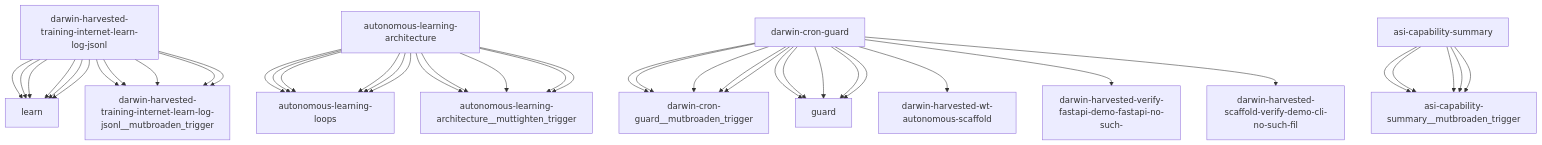
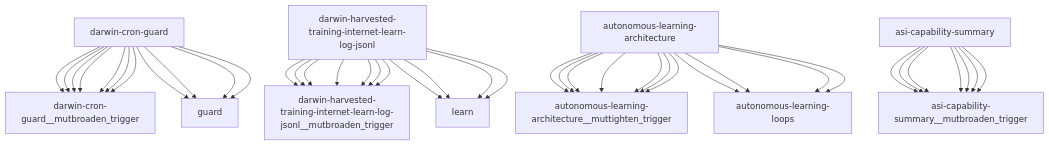
One commit to openamer/openamer changed the diagram in reports/darwin-report.md. Above: the diagram before and after it, drawn with Mermaid. The commit also changed other lines of this file and 7 other files, not shown here.

````diff
--- a/reports/darwin-report.md
+++ b/reports/darwin-report.md
@@ -74,43 +74,43 @@
 ```mermaid
 graph TD
+    darwin-cron-guard["darwin-cron-guard"] --> darwin-cron-guard__mutbroaden_trigger["darwin-cron-guard__mutbroaden_trigger"]
+    darwin-harvested-training-internet-learn-log-jsonl["darwin-harvested-training-internet-learn-log-jsonl"] --> darwin-harvested-training-internet-learn-log-jsonl__mutbroaden_trigger["darwin-harvested-training-internet-learn-log-jsonl__mutbroaden_trigger"]
+    autonomous-learning-architecture["autonomous-learning-architecture"] --> autonomous-learning-architecture__muttighten_trigger["autonomous-learning-architecture__muttighten_trigger"]
+    asi-capability-summary["asi-capability-summary"] --> asi-capability-summary__mutbroaden_trigger["asi-capability-summary__mutbroaden_trigger"]
+    darwin-cron-guard["darwin-cron-guard"] --> darwin-cron-guard__mutbroaden_trigger["darwin-cron-guard__mutbroaden_trigger"]
+    darwin-harvested-training-internet-learn-log-jsonl["darwin-harvested-training-internet-learn-log-jsonl"] --> darwin-harvested-training-internet-learn-log-jsonl__mutbroaden_trigger["darwin-harvested-training-internet-learn-log-jsonl__mutbroaden_trigger"]
+    autonomous-learning-architecture["autonomous-learning-architecture"] --> autonomous-learning-architecture__muttighten_trigger["autonomous-learning-architecture__muttighten_trigger"]
+    asi-capability-summary["asi-capability-summary"] --> asi-capability-summary__mutbroaden_trigger["asi-capability-summary__mutbroaden_trigger"]
+    darwin-cron-guard["darwin-cron-guard"] --> guard["guard"]
     darwin-harvested-training-internet-learn-log-jsonl["darwin-harvested-training-internet-learn-log-jsonl"] --> learn["learn"]
     autonomous-learning-architecture["autonomous-learning-architecture"] --> autonomous-learning-loops["autonomous-learning-loops"]
+    darwin-cron-guard["darwin-cron-guard"] --> darwin-cron-guard__mutbroaden_trigger["darwin-cron-guard__mutbroaden_trigger"]
+    darwin-harvested-training-internet-learn-log-jsonl["darwin-harvested-training-internet-learn-log-jsonl"] --> darwin-harvested-training-internet-learn-log-jsonl__mutbroaden_trigger["darwin-harvested-training-internet-learn-log-jsonl__mutbroaden_trigger"]
+    autonomous-learning-architecture["autonomous-learning-architecture"] --> autonomous-learning-architecture__muttighten_trigger["autonomous-learning-architecture__muttighten_trigger"]
+    asi-capability-summary["asi-capability-summary"] --> asi-capability-summary__mutbroaden_trigger["asi-capability-summary__mutbroaden_trigger"]
+    darwin-cron-guard["darwin-cron-guard"] --> darwin-cron-guard__mutbroaden_trigger["darwin-cron-guard__mutbroaden_trigger"]
+    darwin-harvested-training-internet-learn-log-jsonl["darwin-harvested-training-internet-learn-log-jsonl"] --> darwin-harvested-training-internet-learn-log-jsonl__mutbroaden_trigger["darwin-harvested-training-internet-learn-log-jsonl__mutbroaden_trigger"]
+    autonomous-learning-architecture["autonomous-learning-architecture"] --> autonomous-learning-architecture__muttighten_trigger["autonomous-learning-architecture__muttighten_trigger"]
+    asi-capability-summary["asi-capability-summary"] --> asi-capability-summary__mutbroaden_trigger["asi-capability-summary__mutbroaden_trigger"]
     darwin-cron-guard["darwin-cron-guard"] --> darwin-cron-guard__mutbroaden_trigger["darwin-cron-guard__mutbroaden_trigger"]
     darwin-harvested-training-internet-learn-log-jsonl["darwin-harvested-training-internet-learn-log-jsonl"] --> darwin-harvested-training-internet-learn-log-jsonl__mutbroaden_trigger["darwin-harvested-training-internet-learn-log-jsonl__mutbroaden_trigger"]
     autonomous-learning-architecture["autonomous-learning-architecture"] --> autonomous-learning-architecture__muttighten_trigger["autonomous-learning-architecture__muttighten_trigger"]
     asi-capability-summary["asi-capability-summary"] --> asi-capability-summary__mutbroaden_trigger["asi-capability-summary__mutbroaden_trigger"]
     darwin-cron-guard["darwin-cron-guard"] --> guard["guard"]
     darwin-harvested-training-internet-learn-log-jsonl["darwin-harvested-training-internet-learn-log-jsonl"] --> learn["learn"]
     autonomous-learning-architecture["autonomous-learning-architecture"] --> autonomous-learning-loops["autonomous-learning-loops"]
     darwin-cron-guard["darwin-cron-guard"] --> darwin-cron-guard__mutbroaden_trigger["darwin-cron-guard__mutbroaden_trigger"]
     darwin-harvested-training-internet-learn-log-jsonl["darwin-harvested-training-internet-learn-log-jsonl"] --> darwin-harvested-training-internet-learn-log-jsonl__mutbroaden_trigger["darwin-harvested-training-internet-learn-log-jsonl__mutbroaden_trigger"]
     autonomous-learning-architecture["autonomous-learning-architecture"] --> autonomous-learning-architecture__muttighten_trigger["autonomous-learning-architecture__muttighten_trigger"]
     asi-capability-summary["asi-capability-summary"] --> asi-capability-summary__mutbroaden_trigger["asi-capability-summary__mutbroaden_trigger"]
     darwin-cron-guard["darwin-cron-guard"] --> guard["guard"]
     darwin-harvested-training-internet-learn-log-jsonl["darwin-harvested-training-internet-learn-log-jsonl"] --> learn["learn"]
     autonomous-learning-architecture["autonomous-learning-architecture"] --> autonomous-learning-loops["autonomous-learning-loops"]
     darwin-cron-guard["darwin-cron-guard"] --> darwin-cron-guard__mutbroaden_trigger["darwin-cron-guard__mutbroaden_trigger"]
     darwin-harvested-training-internet-learn-log-jsonl["darwin-harvested-training-internet-learn-log-jsonl"] --> darwin-harvested-training-internet-learn-log-jsonl__mutbroaden_trigger["darwin-harvested-training-internet-learn-log-jsonl__mutbroaden_trigger"]
     autonomous-learning-architecture["autonomous-learning-architecture"] --> autonomous-learning-architecture__muttighten_trigger["autonomous-learning-architecture__muttighten_trigger"]
     asi-capability-summary["asi-capability-summary"] --> asi-capability-summary__mutbroaden_trigger["asi-capability-summary__mutbroaden_trigger"]
-    darwin-cron-guard["darwin-cron-guard"] --> darwin-harvested-wt-autonomous-scaffold["darwin-harvested-wt-autonomous-scaffold"]
-    darwin-cron-guard["darwin-cron-guard"] --> guard["guard"]
-    darwin-harvested-training-internet-learn-log-jsonl["darwin-harvested-training-internet-learn-log-jsonl"] --> learn["learn"]
-    autonomous-learning-architecture["autonomous-learning-architecture"] --> autonomous-learning-loops["autonomous-learning-loops"]
-    darwin-cron-guard["darwin-cron-guard"] --> darwin-cron-guard__mutbroaden_trigger["darwin-cron-guard__mutbroaden_trigger"]
-    darwin-harvested-training-internet-learn-log-jsonl["darwin-harvested-training-internet-learn-log-jsonl"] --> darwin-harvested-training-internet-learn-log-jsonl__mutbroaden_trigger["darwin-harvested-training-internet-learn-log-jsonl__mutbroaden_trigger"]
-    autonomous-learning-architecture["autonomous-learning-architecture"] --> autonomous-learning-architecture__muttighten_trigger["autonomous-learning-architecture__muttighten_trigger"]
-    asi-capability-summary["asi-capability-summary"] --> asi-capability-summary__mutbroaden_trigger["asi-capability-summary__mutbroaden_trigger"]
-    darwin-cron-guard["darwin-cron-guard"] --> darwin-harvested-verify-fastapi-demo-fastapi-no-such-["darwin-harvested-verify-fastapi-demo-fastapi-no-such-"]
-    darwin-cron-guard["darwin-cron-guard"] --> darwin-harvested-scaffold-verify-demo-cli-no-such-fil["darwin-harvested-scaffold-verify-demo-cli-no-such-fil"]
-    darwin-cron-guard["darwin-cron-guard"] --> guard["guard"]
-    darwin-harvested-training-internet-learn-log-jsonl["darwin-harvested-training-internet-learn-log-jsonl"] --> learn["learn"]
-    autonomous-learning-architecture["autonomous-learning-architecture"] --> autonomous-learning-loops["autonomous-learning-loops"]
-    darwin-cron-guard["darwin-cron-guard"] --> darwin-cron-guard__mutbroaden_trigger["darwin-cron-guard__mutbroaden_trigger"]
-    darwin-harvested-training-internet-learn-log-jsonl["darwin-harvested-training-internet-learn-log-jsonl"] --> darwin-harvested-training-internet-learn-log-jsonl__mutbroaden_trigger["darwin-harvested-training-internet-learn-log-jsonl__mutbroaden_trigger"]
-    autonomous-learning-architecture["autonomous-learning-architecture"] --> autonomous-learning-architecture__muttighten_trigger["autonomous-learning-architecture__muttighten_trigger"]
-    asi-capability-summary["asi-capability-summary"] --> asi-capability-summary__mutbroaden_trigger["asi-capability-summary__mutbroaden_trigger"]
     darwin-cron-guard["darwin-cron-guard"] --> guard["guard"]
     darwin-harvested-training-internet-learn-log-jsonl["darwin-harvested-training-internet-learn-log-jsonl"] --> learn["learn"]
     autonomous-learning-architecture["autonomous-learning-architecture"] --> autonomous-learning-loops["autonomous-learning-loops"]
 ```
````
